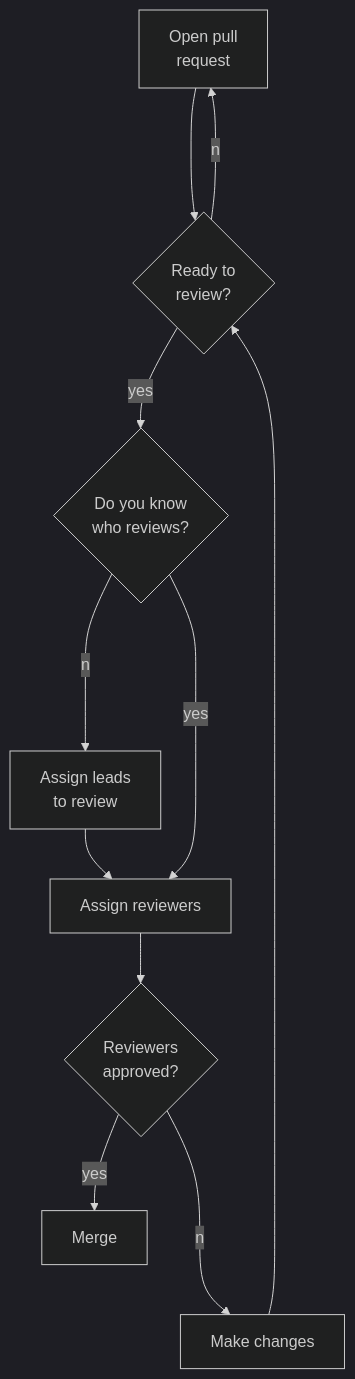
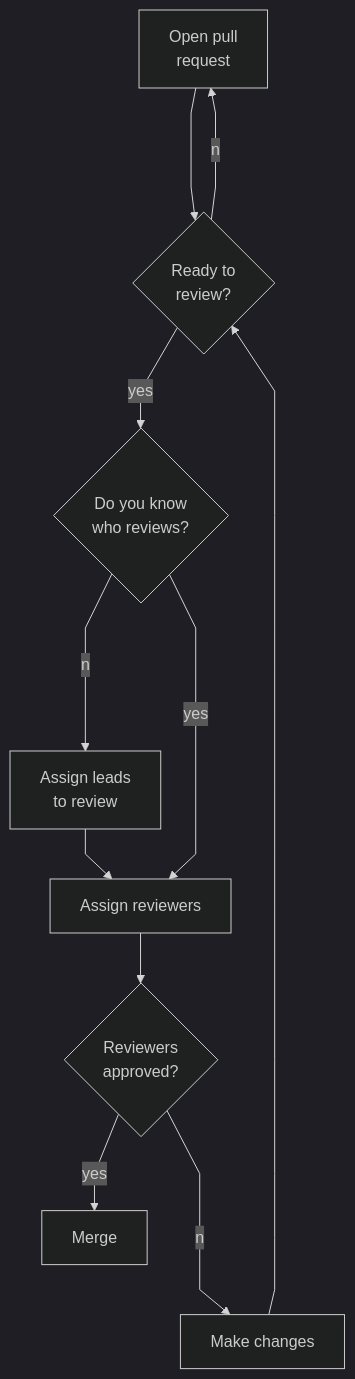
Before and after one commit to weather-gov/weather.gov: the diagram in docs/standards.md, drawn with Mermaid (dark theme).

````diff
--- a/docs/standards.md
+++ b/docs/standards.md
@@ -79,12 +79,13 @@
 ```mermaid
+%%{ init: { "flowchart": { "curve": "linear" }}}%%
 graph TD;
   A[Open pull<br>request]-->B{Ready to<br>review?};
   B--no-->A
   B--yes-->C{Do you know<br>who reviews?}
   C--no-->D[Assign leads<br>to review]
   D-->E[Assign reviewers]
   C--yes-->E
   E-->F{Reviewers<br>approved?}
   F--no-->G[Make changes]-->B
   F--yes-->H[Merge]
 ```
````
